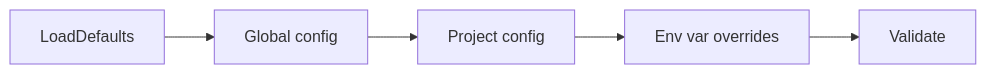
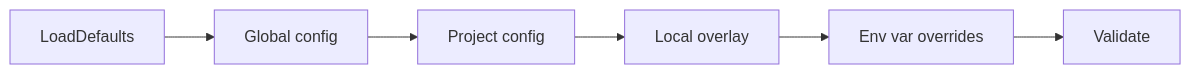
One commit to lost-in-the/grove changed the first of 7 diagrams in docs/DATA_FLOWS.md. Above: the diagram before and after it, drawn with Mermaid. The commit also changed other lines of this file and 6 other files, not shown here.

````diff
--- a/docs/DATA_FLOWS.md
+++ b/docs/DATA_FLOWS.md
@@ -31,7 +32,8 @@
 ```mermaid
 graph LR
     A[LoadDefaults] --> B[Global config]
     B --> C[Project config]
-    C --> D[Env var overrides]
-    D --> E[Validate]
+    C --> D[Local overlay]
+    D --> E[Env var overrides]
+    E --> F[Validate]
 ```
````
